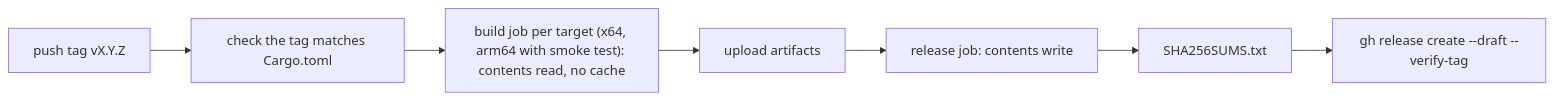
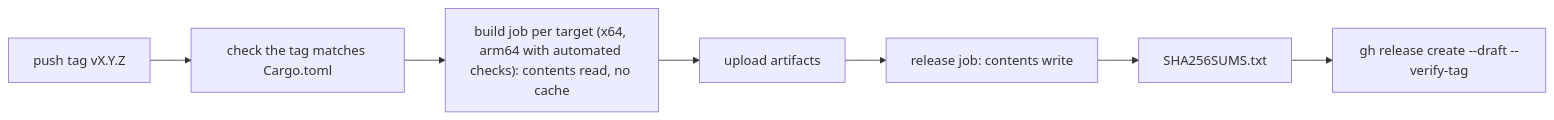
The diagram in docs/plans/0002-phase1-tooling-proposal.md (suchi/flying-microwave), drawn with Mermaid before and after one commit. The commit also changed 1 other file, not shown here.

Commit message:
docs: ship arm64 with build checks when smoke tests cannot run
再レビューの指摘1・2に対応した。スモークテストがwindows-11-armで動かない
場合や、まだない場合も、ビルドと依存DLLの確認だけでarm64版を配布する
ことがメンテナーの判断で決まったため、ADR-0016の背景と決定に書いた。
見直し条件も、その時点のリリースは配布し、そのあとで見直す、とそろえた。
ADR-0016の選択肢の節と計画0002の図に残っていた「スモークテスト」を、
「自動の確認」に改めた。

Claude-Session: https://claude.ai/code/session_01PfjZi24XM7e4D6nf7Cqd5S

````diff
--- a/docs/plans/0002-phase1-tooling-proposal.md
+++ b/docs/plans/0002-phase1-tooling-proposal.md
@@ -42,9 +42,9 @@
 ```mermaid
 flowchart LR
     tag["push tag vX.Y.Z"] --> check["check the tag matches Cargo.toml"]
-    check --> build["build job per target (x64, arm64 with smoke test): contents read, no cache"]
+    check --> build["build job per target (x64, arm64 with automated checks): contents read, no cache"]
     build --> artifacts["upload artifacts"]
     artifacts --> release["release job: contents write"]
     release --> sums["SHA256SUMS.txt"]
     sums --> draft["gh release create --draft --verify-tag"]
 ```
````
